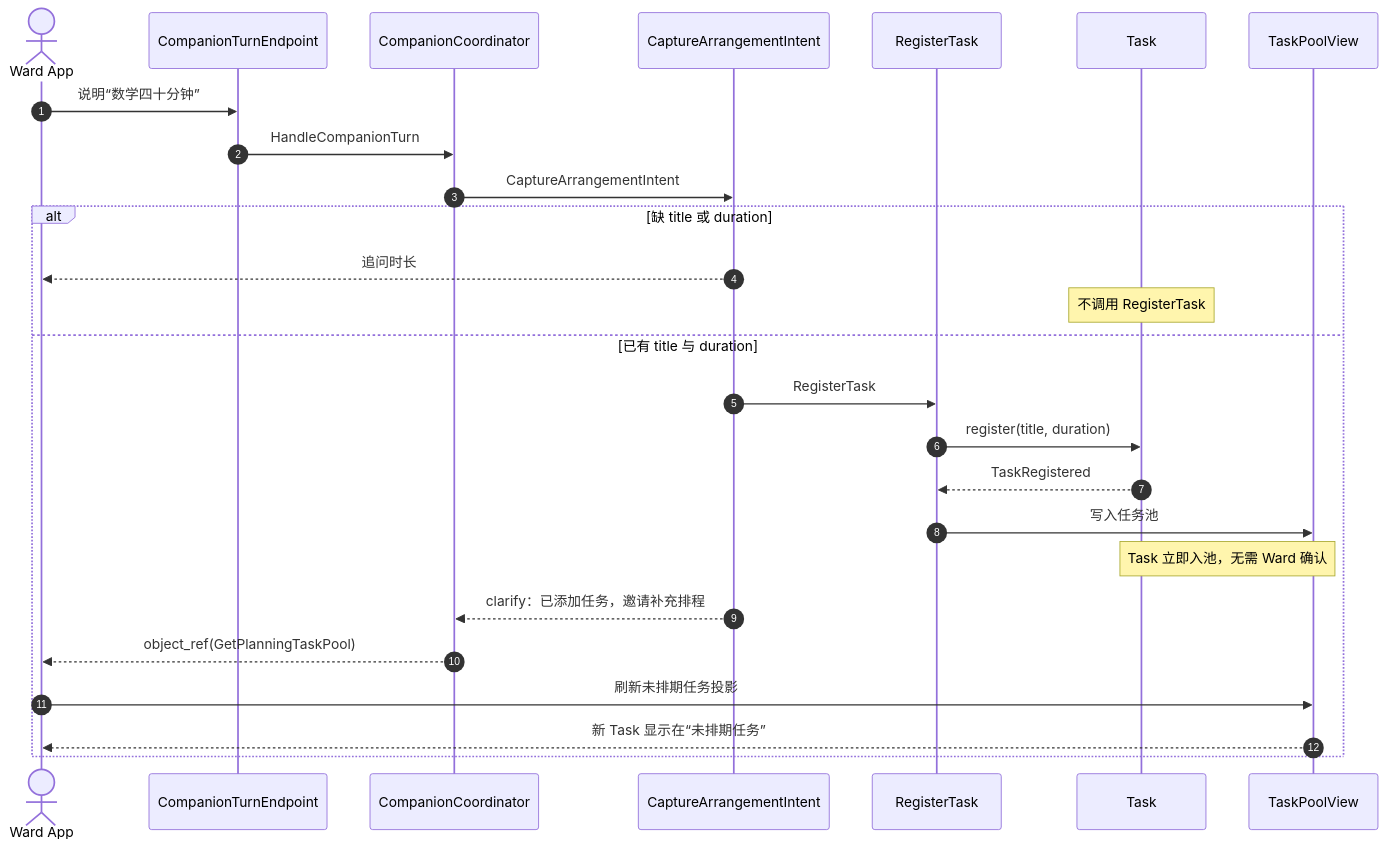
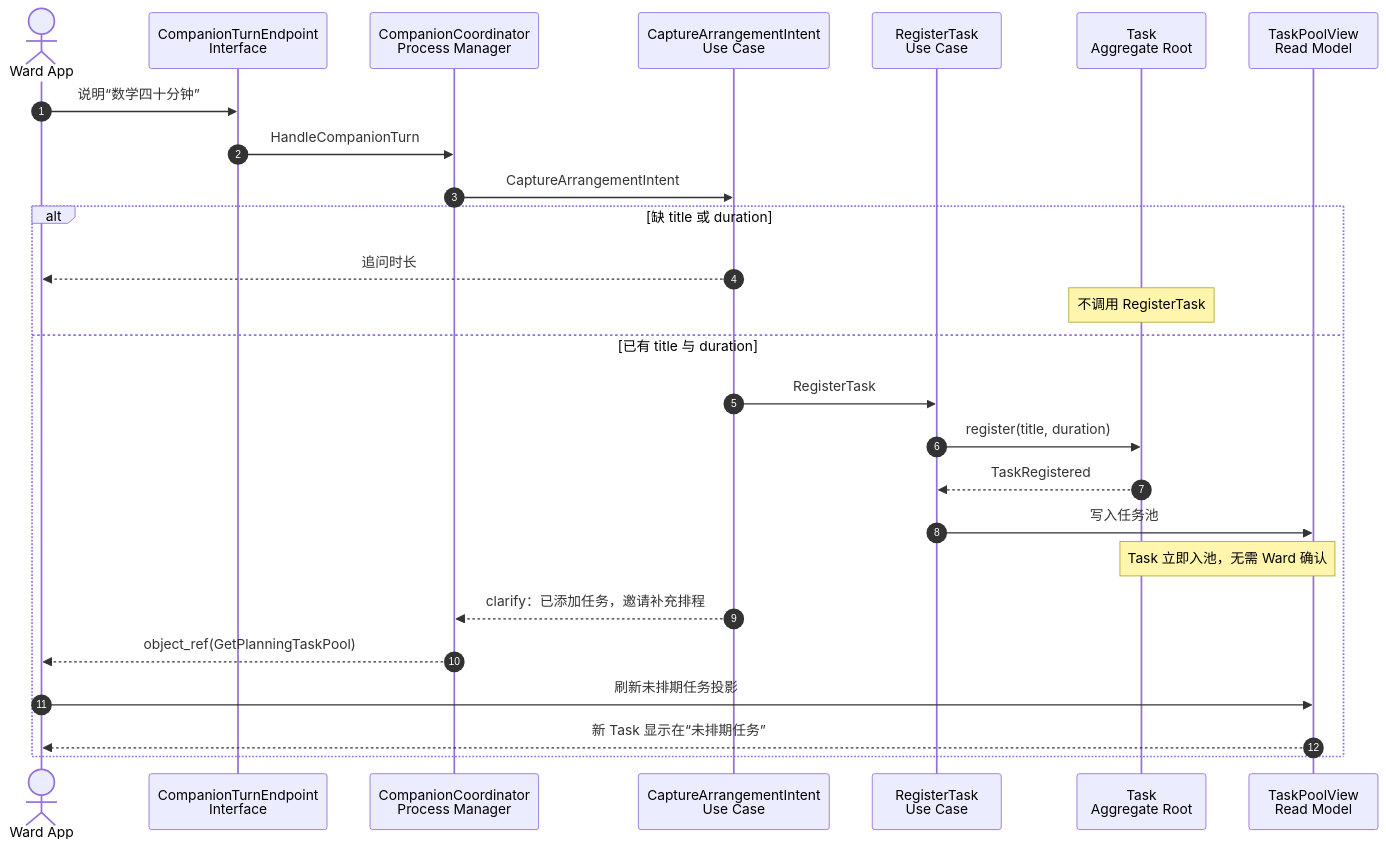
Before and after one commit to johanchow/duxue: the sixth of 10 diagrams in docs/technical/domain-planning.md, drawn with Mermaid. The commit also changed other lines of this file, not shown here.

````diff
--- a/docs/technical/domain-planning.md
+++ b/docs/technical/domain-planning.md
@@ -163,29 +259,29 @@
 ```mermaid
 sequenceDiagram
     autonumber
     actor W as Ward App
-    participant I as CompanionTurnEndpoint
-    participant C as CompanionCoordinator
-    participant U as CaptureArrangementIntent
-    participant RT as RegisterTask
-    participant T as Task
-    participant TP as TaskPoolView
+    participant I as CompanionTurnEndpoint<br/>Interface
+    participant C as CompanionCoordinator<br/>Process Manager
+    participant U as CaptureArrangementIntent<br/>Use Case
+    participant RT as RegisterTask<br/>Use Case
+    participant T as Task<br/>Aggregate Root
+    participant TP as TaskPoolView<br/>Read Model
 
     W->>I: 说明“数学四十分钟”
     I->>C: HandleCompanionTurn
     C->>U: CaptureArrangementIntent
     alt 缺 title 或 duration
         U-->>W: 追问时长
         Note over T: 不调用 RegisterTask
     else 已有 title 与 duration
         U->>RT: RegisterTask
         RT->>T: register(title, duration)
         T-->>RT: TaskRegistered
         RT->>TP: 写入任务池
         Note over T,TP: Task 立即入池，无需 Ward 确认
         U-->>C: clarify：已添加任务，邀请补充排程
         C-->>W: object_ref(GetPlanningTaskPool)
         W->>TP: 刷新未排期任务投影
         TP-->>W: 新 Task 显示在“未排期任务”
     end
 ```
````
